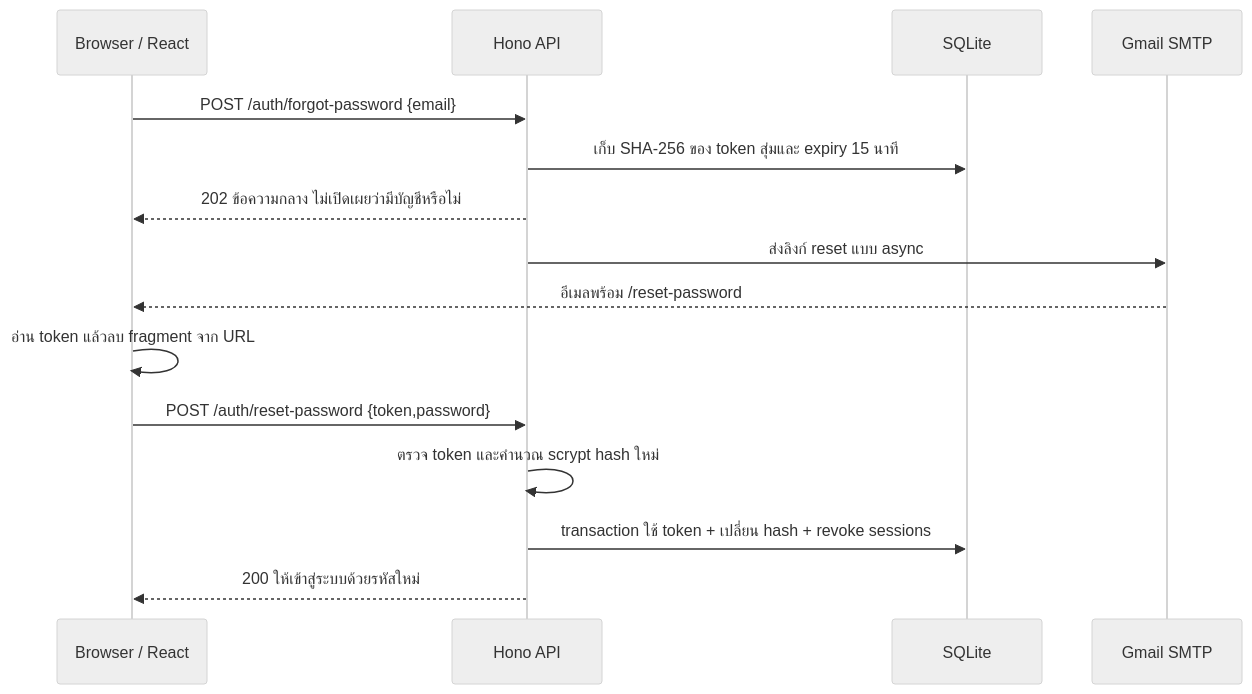
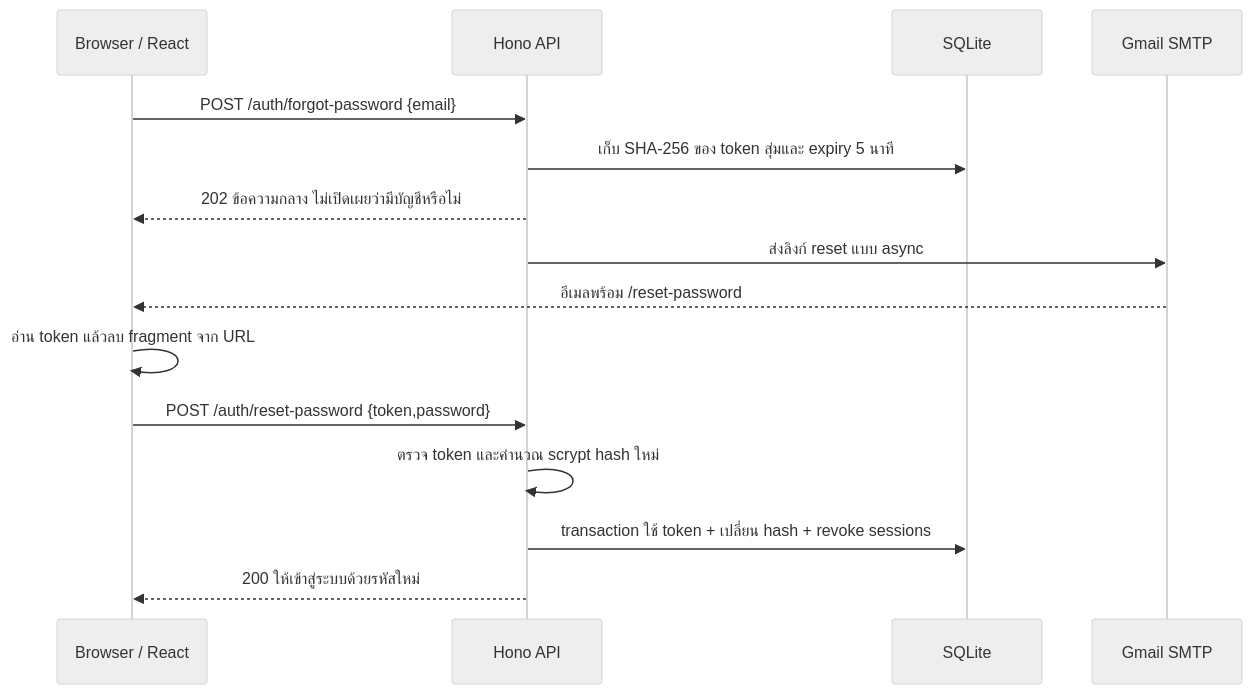
One commit to purinutsatronkit/projectdaily changed the second of 2 diagrams in docs/presentation-guide.md. Above: the diagram before and after it, drawn with Mermaid (neutral theme). The commit also changed other lines of this file and 93 other files, not shown here.

````diff
--- a/docs/presentation-guide.md
+++ b/docs/presentation-guide.md
@@ -87,17 +87,17 @@
 ```mermaid
 sequenceDiagram
     participant W as Browser / React
     participant A as Hono API
     participant D as SQLite
     participant M as Gmail SMTP
     W->>A: POST /auth/forgot-password {email}
-    A->>D: เก็บ SHA-256 ของ token สุ่มและ expiry 15 นาที
+    A->>D: เก็บ SHA-256 ของ token สุ่มและ expiry 5 นาที
     A-->>W: 202 ข้อความกลาง ไม่เปิดเผยว่ามีบัญชีหรือไม่
     A->>M: ส่งลิงก์ reset แบบ async
     M-->>W: อีเมลพร้อม /reset-password#token=...
     W->>W: อ่าน token แล้วลบ fragment จาก URL
     W->>A: POST /auth/reset-password {token,password}
     A->>A: ตรวจ token และคำนวณ scrypt hash ใหม่
     A->>D: transaction ใช้ token + เปลี่ยน hash + revoke sessions
     A-->>W: 200 ให้เข้าสู่ระบบด้วยรหัสใหม่
 ```
````
